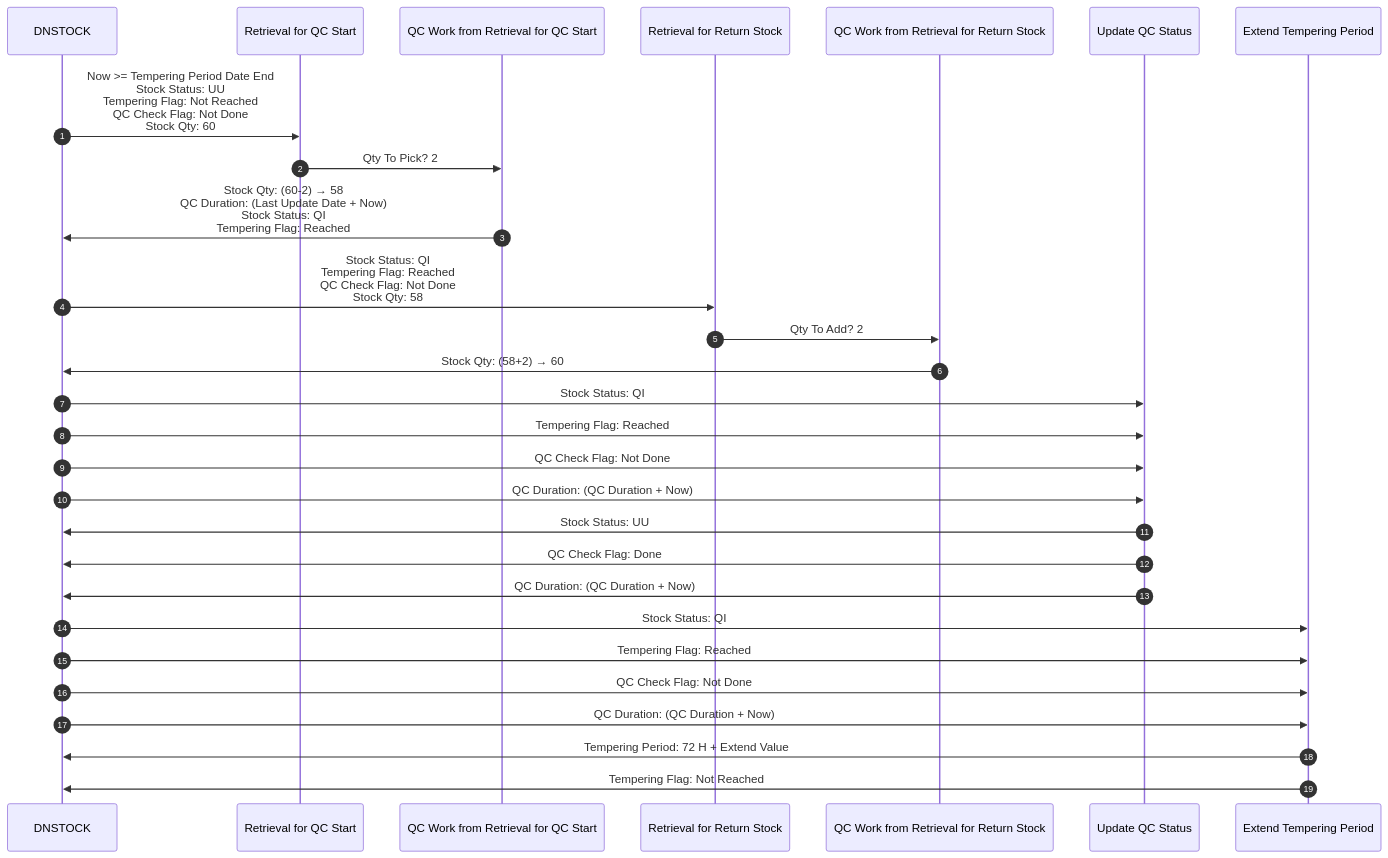
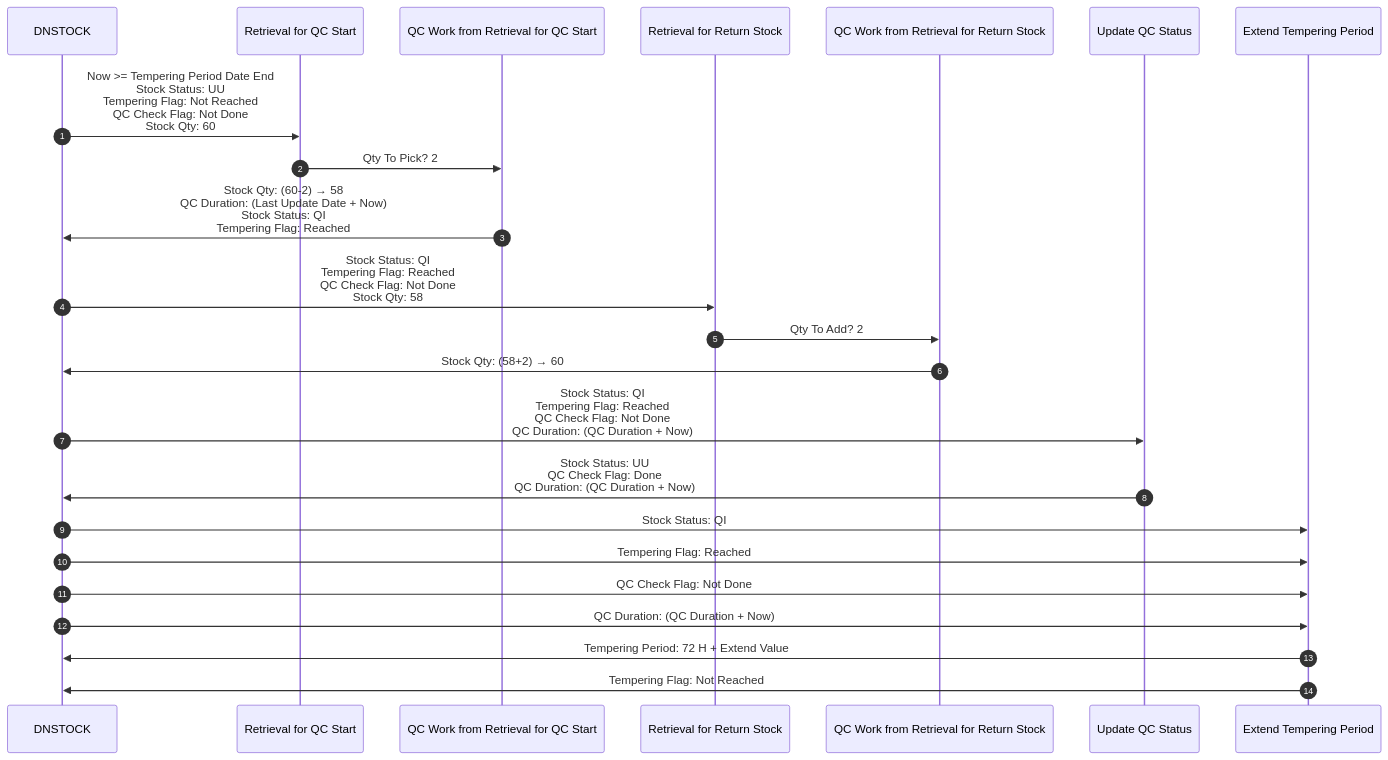
Before and after one commit to luthfiadityaa/SimeDarby-Wiki: the diagram in Basic-Design/DFD-WMS/Retrieval/QC-Setting.md, drawn with Mermaid.

Commit message:
Updated QC Setting

```diff
--- a/Basic-Design/DFD-WMS/Retrieval/QC-Setting.md
+++ b/Basic-Design/DFD-WMS/Retrieval/QC-Setting.md
@@ -18,49 +18,44 @@
 ::: mermaid
 sequenceDiagram
     autonumber
 
     participant DNSTOCK
     participant Retrieval for QC Start
     participant QC Work from Retrieval for QC Start
     participant Retrieval for Return Stock
     participant QC Work from Retrieval for Return Stock
     participant Update QC Status
     participant Extend Tempering Period
 
     %% --- 1. DNSTOCK ---
     DNSTOCK ->> Retrieval for QC Start: Now >= Tempering Period Date End <br> Stock Status: UU <br> Tempering Flag: Not Reached <br> QC Check Flag: Not Done <br> Stock Qty: 60
 
 
     %% --- 2. Retrieval for QC Start ---
     Retrieval for QC Start ->> QC Work from Retrieval for QC Start: Qty To Pick?  2
 
     %% --- 3. QC Work from Retrieval for QC Start ---
     QC Work from Retrieval for QC Start ->> DNSTOCK: Stock Qty: (60-2) → 58 <br> QC Duration: (Last Update Date + Now) <br> Stock Status: QI <br> Tempering Flag: Reached
 
     %% --- 4. Retrieval for Return Stock ---
     DNSTOCK ->> Retrieval for Return Stock: Stock Status: QI <br> Tempering Flag: Reached <br> QC Check Flag: Not Done <br> Stock Qty: 58
 
     Retrieval for Return Stock ->> QC Work from Retrieval for Return Stock: Qty To Add?  2
 
     %% --- 5. QC Work from Retrieval for Return Stock ---
     QC Work from Retrieval for Return Stock ->> DNSTOCK: Stock Qty: (58+2) → 60
 
     %% --- 6. Update QC Status ---
-    DNSTOCK ->> Update QC Status: Stock Status: QI  
-    DNSTOCK ->> Update QC Status: Tempering Flag: Reached 
-    DNSTOCK ->> Update QC Status: QC Check Flag: Not Done
-    DNSTOCK ->> Update QC Status: QC Duration: (QC Duration + Now)
+    DNSTOCK ->> Update QC Status: Stock Status: QI <br> Tempering Flag: Reached <br> QC Check Flag: Not Done <br> QC Duration: (QC Duration + Now)
     
-    Update QC Status ->> DNSTOCK: Stock Status: UU  
-    Update QC Status ->> DNSTOCK: QC Check Flag: Done
-    Update QC Status ->> DNSTOCK: QC Duration: (QC Duration + Now)
+    Update QC Status ->> DNSTOCK: Stock Status: UU <br> QC Check Flag: Done <br> QC Duration: (QC Duration + Now)
 
     %% --- 7. Extend Tempering Period ---
     DNSTOCK ->> Extend Tempering Period: Stock Status: QI  
     DNSTOCK ->> Extend Tempering Period: Tempering Flag: Reached 
     DNSTOCK ->> Extend Tempering Period: QC Check Flag: Not Done
     DNSTOCK ->> Extend Tempering Period: QC Duration: (QC Duration + Now)
 
     Extend Tempering Period ->> DNSTOCK: Tempering Period: 72 H + Extend Value
     Extend Tempering Period ->> DNSTOCK: Tempering Flag: Not Reached
 :::
```
